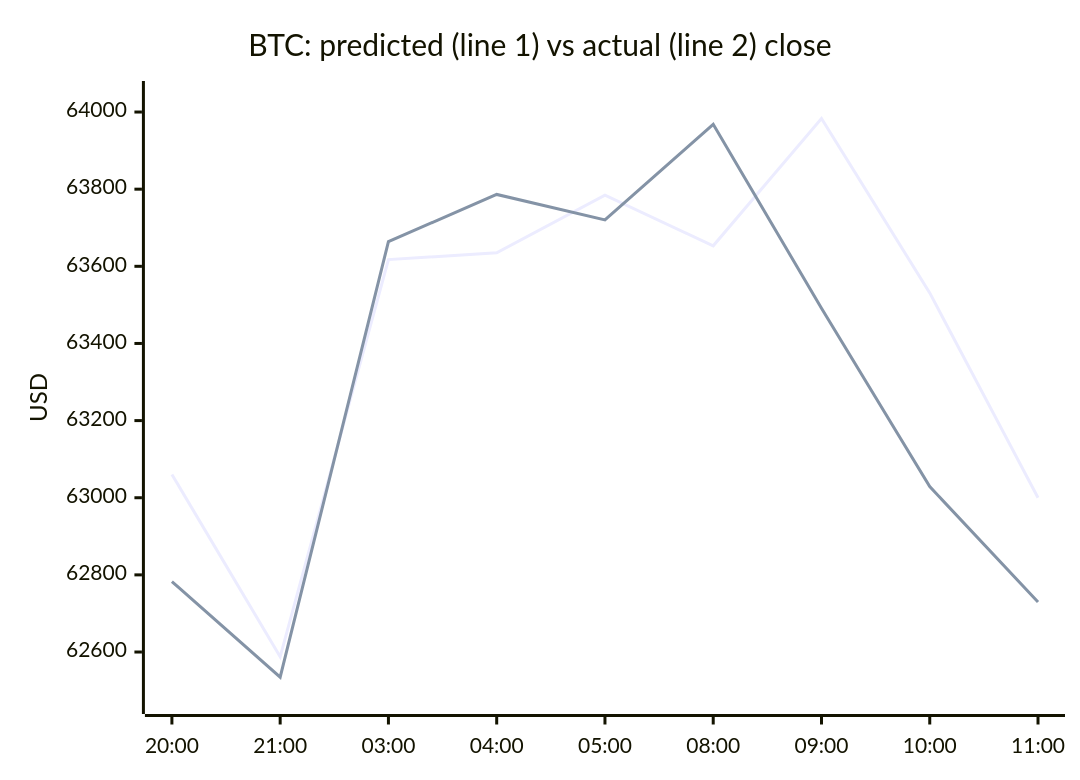
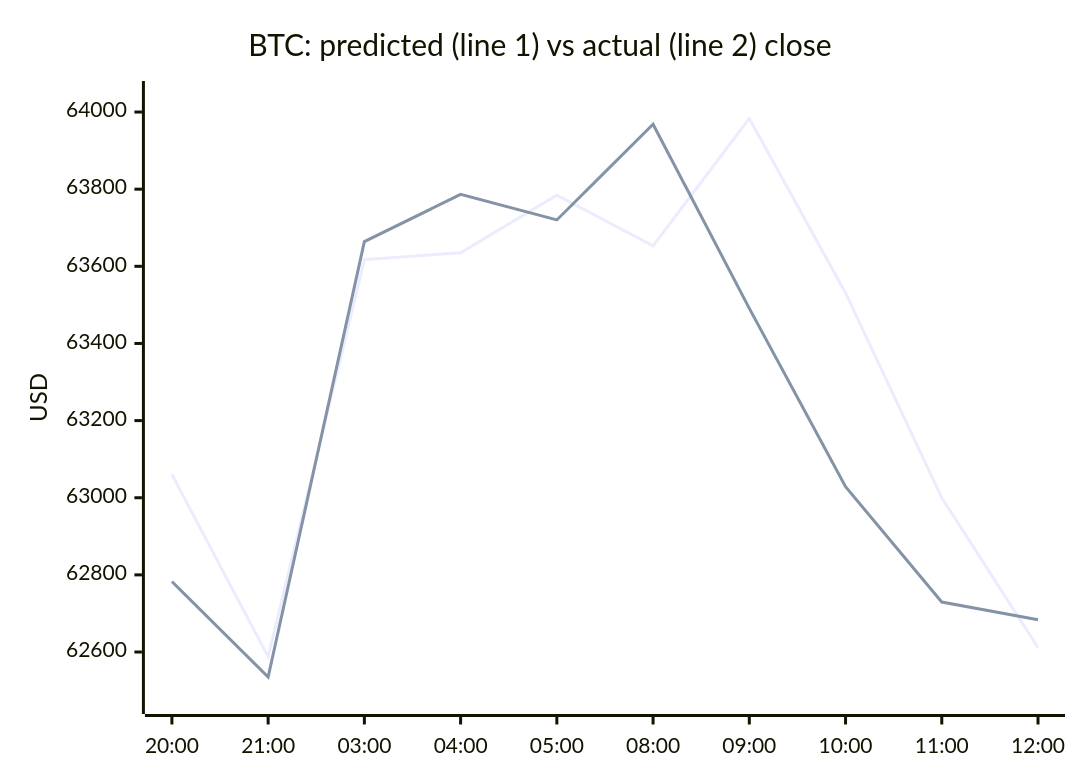
One commit to samuelkreitl-wq/crypto-hourly-forecaster changed the first of 4 diagrams in README.md. Above: the diagram before and after it, drawn with Mermaid. The commit also changed other lines of this file and 14 other files, not shown here.

````diff
--- a/README.md
+++ b/README.md
@@ -38,8 +38,8 @@
 ```mermaid
 xychart-beta
     title "BTC: predicted (line 1) vs actual (line 2) close"
-    x-axis ["20:00", "21:00", "03:00", "04:00", "05:00", "08:00", "09:00", "10:00", "11:00"]
+    x-axis ["20:00", "21:00", "03:00", "04:00", "05:00", "08:00", "09:00", "10:00", "11:00", "12:00"]
     y-axis "USD" 62472.3651 --> 64047.4023
-    line [63060.3716, 62587.6439, 63617.4254, 63635.2318, 63784.5035, 63653.0941, 63983.4189, 63531.0235, 63000.0108]
-    line [62782.7000, 62534.9000, 63664.0000, 63786.4000, 63720.2000, 63968.3000, 63491.0000, 63028.9000, 62729.5000]
+    line [63060.3716, 62587.6439, 63617.4254, 63635.2318, 63784.5035, 63653.0941, 63983.4189, 63531.0235, 63000.0108, 62611.7840]
+    line [62782.7000, 62534.9000, 63664.0000, 63786.4000, 63720.2000, 63968.3000, 63491.0000, 63028.9000, 62729.5000, 62683.5000]
 ```
````
